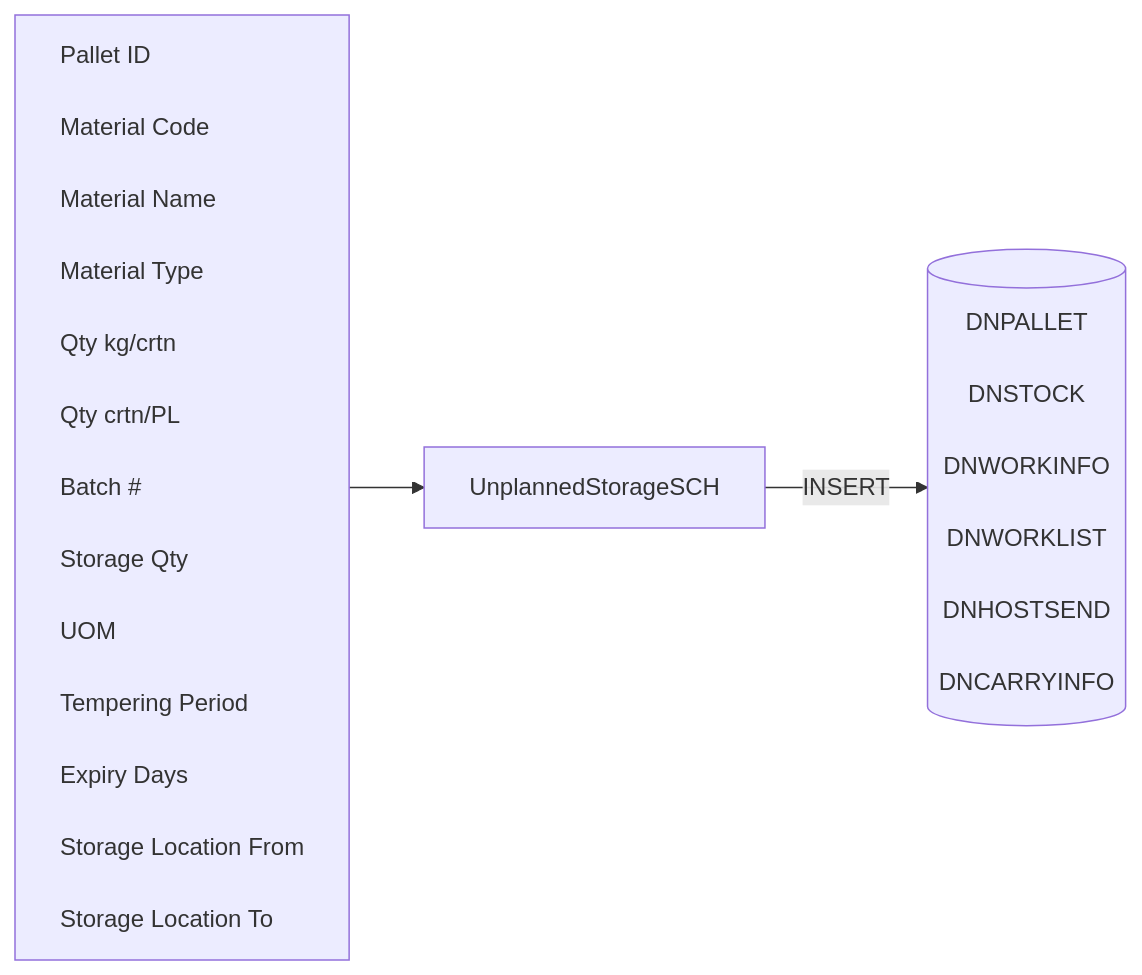
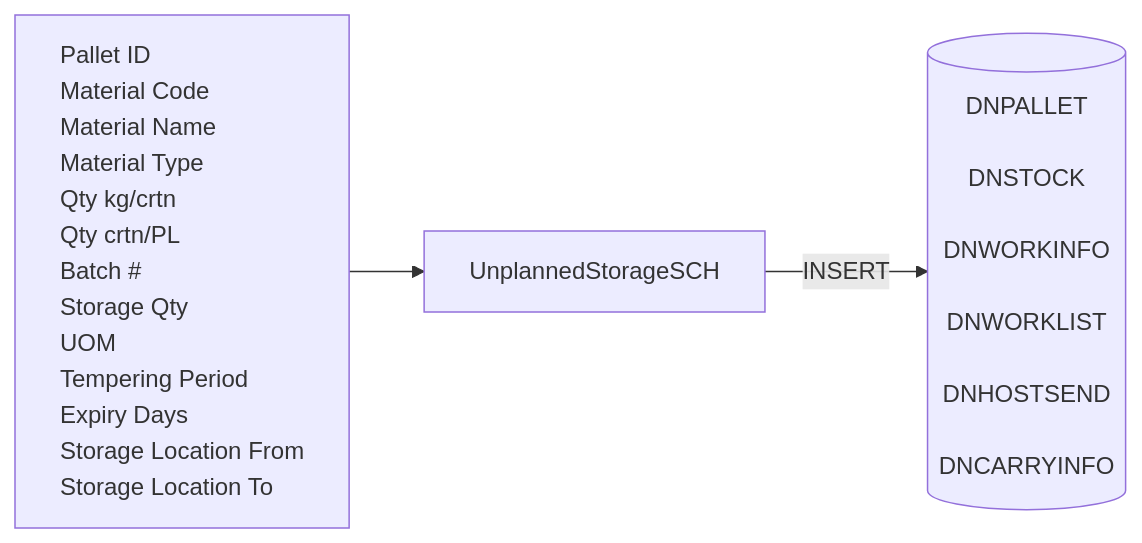
Before and after one commit to luthfiadityaa/SimeDarby-Wiki: the first of 5 diagrams in Basic-Design/DFD-WMS/Storage/Unplanned-Storage/Unplanned-Storage-from-OP-Area.md, drawn with Mermaid.

Commit message:
Updated Unplanned Storage from OP Area

```diff
--- a/Basic-Design/DFD-WMS/Storage/Unplanned-Storage/Unplanned-Storage-from-OP-Area.md
+++ b/Basic-Design/DFD-WMS/Storage/Unplanned-Storage/Unplanned-Storage-from-OP-Area.md
@@ -24,34 +24,34 @@
 ::: mermaid
 flowchart LR
     input[
-        Pallet ID<br>
-        Material Code<br>
-        Material Name<br>
-        Material Type<br>
-        Qty kg/crtn<br>
-        Qty crtn/PL<br>
-        Batch #<br>
-        Storage Qty<br>
-        UOM<br>
-        Tempering Period<br>
-        Expiry Days<br>
-        Storage Location From<br>
-        Storage Location To<br>        
+        Pallet ID
+        Material Code
+        Material Name
+        Material Type
+        Qty kg/crtn
+        Qty crtn/PL
+        Batch #
+        Storage Qty
+        UOM
+        Tempering Period
+        Expiry Days
+        Storage Location From
+        Storage Location To        
     ]
 
     tableList-insert[("
         DNPALLET<br>
         DNSTOCK<br>
         DNWORKINFO<br>
         DNWORKLIST<br>
         DNHOSTSEND<br>
         DNCARRYINFO<br>
     ")]
 
     className[UnplannedStorageSCH]
 
     input --> className --> |INSERT| tableList-insert
 
     classDef leftAlign text-align:left;
     class input leftAlign;
 :::
```
